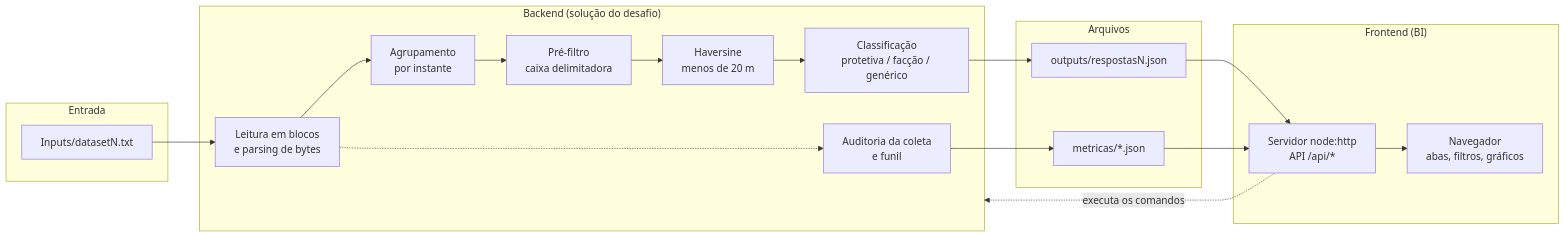
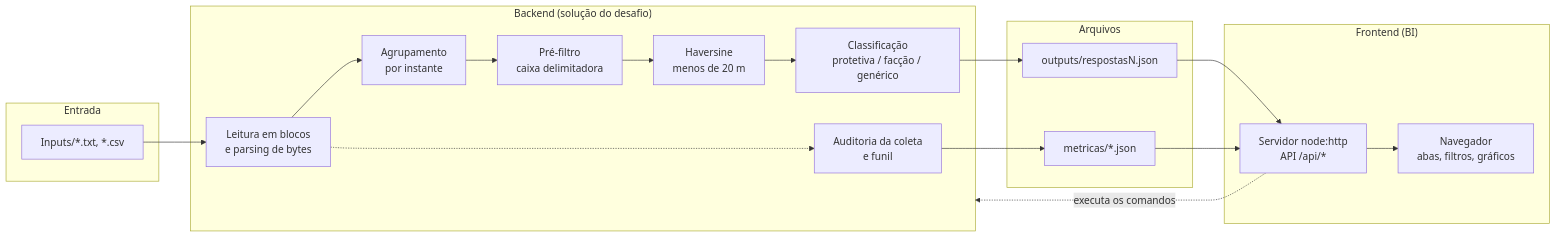
Before and after one commit to Moeeru/Desafio---tornozeleiras: the diagram in docs/TECNICO.md, drawn with Mermaid. The commit also changed 38 other files, not shown here.

````diff
--- a/docs/TECNICO.md
+++ b/docs/TECNICO.md
@@ -40,26 +40,26 @@
 ```mermaid
 flowchart LR
   subgraph Entrada
-    I[Inputs/datasetN.txt]
+    I[Inputs/*.txt, *.csv]
   end
   subgraph Backend["Backend (solução do desafio)"]
     L[Leitura em blocos<br/>e parsing de bytes] --> G[Agrupamento<br/>por instante]
     G --> P[Pré-filtro<br/>caixa delimitadora]
     P --> H[Haversine<br/>menos de 20 m]
     H --> C[Classificação<br/>protetiva / facção / genérico]
     L -.-> A[Auditoria da coleta<br/>e funil]
   end
   subgraph Saidas["Arquivos"]
     O[outputs/respostasN.json]
     M[metricas/*.json]
   end
   subgraph BI["Frontend (BI)"]
     S[Servidor node:http<br/>API /api/*] --> N[Navegador<br/>abas, filtros, gráficos]
   end
   I --> L
   C --> O
   A --> M
   O --> S
   M --> S
   S -. executa os comandos .-> Backend
 ```
````
